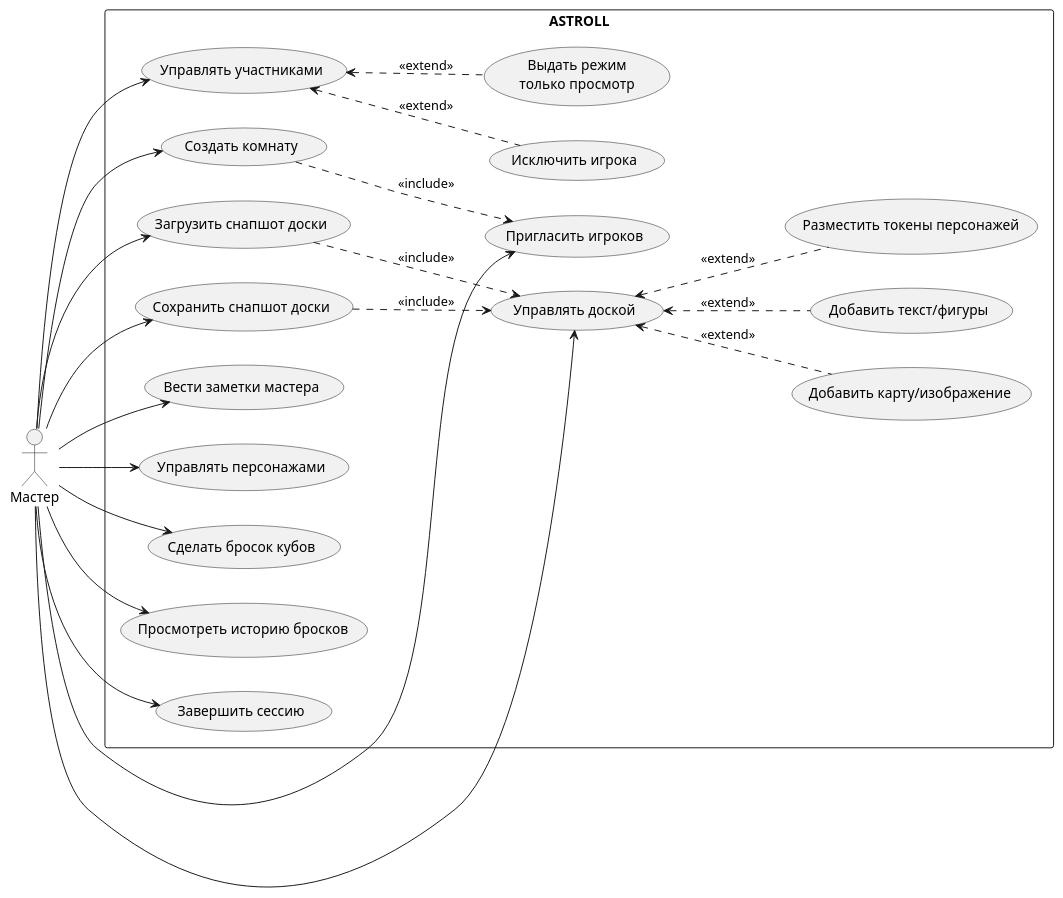
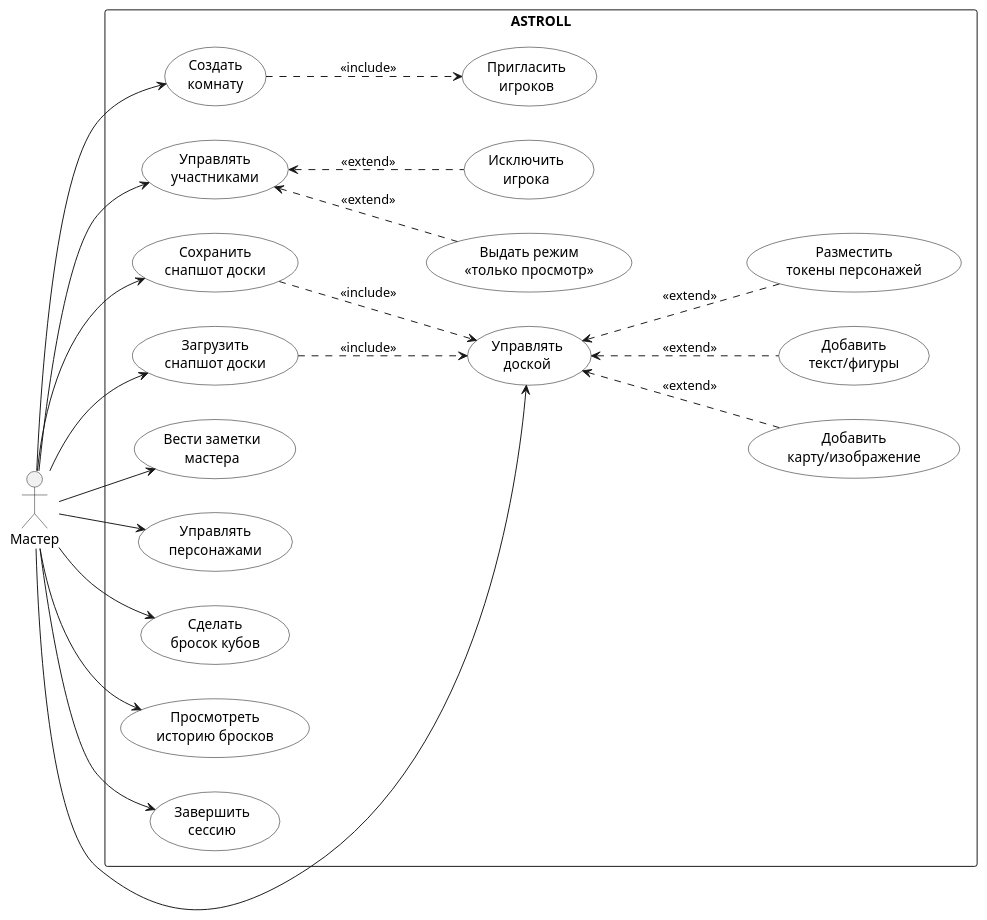
Before and after one commit to wingelshteyn/DesignSoftwareCourse: the diagram in diagram_prompts/02_use_case_master.md, drawn with PlantUML. The commit also changed other lines of this file and 19 other files, not shown here.

First line of the commit message:
Обновить diagram_prompts под эталон ПР8 для ASTROLL.

````diff
--- a/diagram_prompts/02_use_case_master.md
+++ b/diagram_prompts/02_use_case_master.md
@@ -7,45 +53,52 @@
 ```plantuml
 @startuml
 left to right direction
-actor "Мастер" as Master
-rectangle "ASTROLL" {
-  usecase "Создать комнату" as UC_CreateRoom
-  usecase "Пригласить игроков" as UC_Invite
-  usecase "Управлять участниками" as UC_Members
-  usecase "Выдать режим\nтолько просмотр" as UC_Readonly
-  usecase "Исключить игрока" as UC_Kick
-  usecase "Управлять доской" as UC_Board
-  usecase "Добавить карту/изображение" as UC_Image
-  usecase "Добавить текст/фигуры" as UC_Drawables
-  usecase "Разместить токены персонажей" as UC_Tokens
-  usecase "Сохранить снапшот доски" as UC_SaveBoard
-  usecase "Загрузить снапшот доски" as UC_LoadBoard
-  usecase "Вести заметки мастера" as UC_Notes
-  usecase "Управлять персонажами" as UC_Characters
-  usecase "Сделать бросок кубов" as UC_Roll
-  usecase "Просмотреть историю бросков" as UC_History
-  usecase "Завершить сессию" as UC_EndSession
+skinparam shadowing false
+skinparam usecase {
+  BackgroundColor white
+  BorderColor black
 }
 
-Master --> UC_CreateRoom
-Master --> UC_Invite
-Master --> UC_Members
-Master --> UC_Board
-Master --> UC_SaveBoard
-Master --> UC_LoadBoard
-Master --> UC_Notes
-Master --> UC_Characters
-Master --> UC_Roll
-Master --> UC_History
-Master --> UC_EndSession
+actor "Мастер" as Master
 
-UC_Members <.. UC_Readonly : <<extend>>
-UC_Members <.. UC_Kick : <<extend>>
-UC_Board <.. UC_Image : <<extend>>
-UC_Board <.. UC_Drawables : <<extend>>
-UC_Board <.. UC_Tokens : <<extend>>
-UC_CreateRoom ..> UC_Invite : <<include>>
-UC_SaveBoard ..> UC_Board : <<include>>
-UC_LoadBoard ..> UC_Board : <<include>>
+rectangle "ASTROLL" {
+  usecase "Создать\nкомнату" as UC1
+  usecase "Пригласить\nигроков" as UC2
+  usecase "Управлять\nучастниками" as UC3
+  usecase "Выдать режим\n«только просмотр»" as UC3a
+  usecase "Исключить\nигрока" as UC3b
+  usecase "Управлять\nдоской" as UC4
+  usecase "Добавить\nкарту/изображение" as UC4a
+  usecase "Добавить\nтекст/фигуры" as UC4b
+  usecase "Разместить\nтокены персонажей" as UC4c
+  usecase "Сохранить\nснапшот доски" as UC5
+  usecase "Загрузить\nснапшот доски" as UC6
+  usecase "Вести заметки\nмастера" as UC7
+  usecase "Управлять\nперсонажами" as UC8
+  usecase "Сделать\nбросок кубов" as UC9
+  usecase "Просмотреть\nисторию бросков" as UC10
+  usecase "Завершить\nсессию" as UC11
+}
+
+Master --> UC1
+Master --> UC3
+Master --> UC4
+Master --> UC5
+Master --> UC6
+Master --> UC7
+Master --> UC8
+Master --> UC9
+Master --> UC10
+Master --> UC11
+
+UC1 ..> UC2 : <<include>>
+UC5 ..> UC4 : <<include>>
+UC6 ..> UC4 : <<include>>
+
+UC3 <.. UC3a : <<extend>>
+UC3 <.. UC3b : <<extend>>
+UC4 <.. UC4a : <<extend>>
+UC4 <.. UC4b : <<extend>>
+UC4 <.. UC4c : <<extend>>
 @enduml
 ```
````
